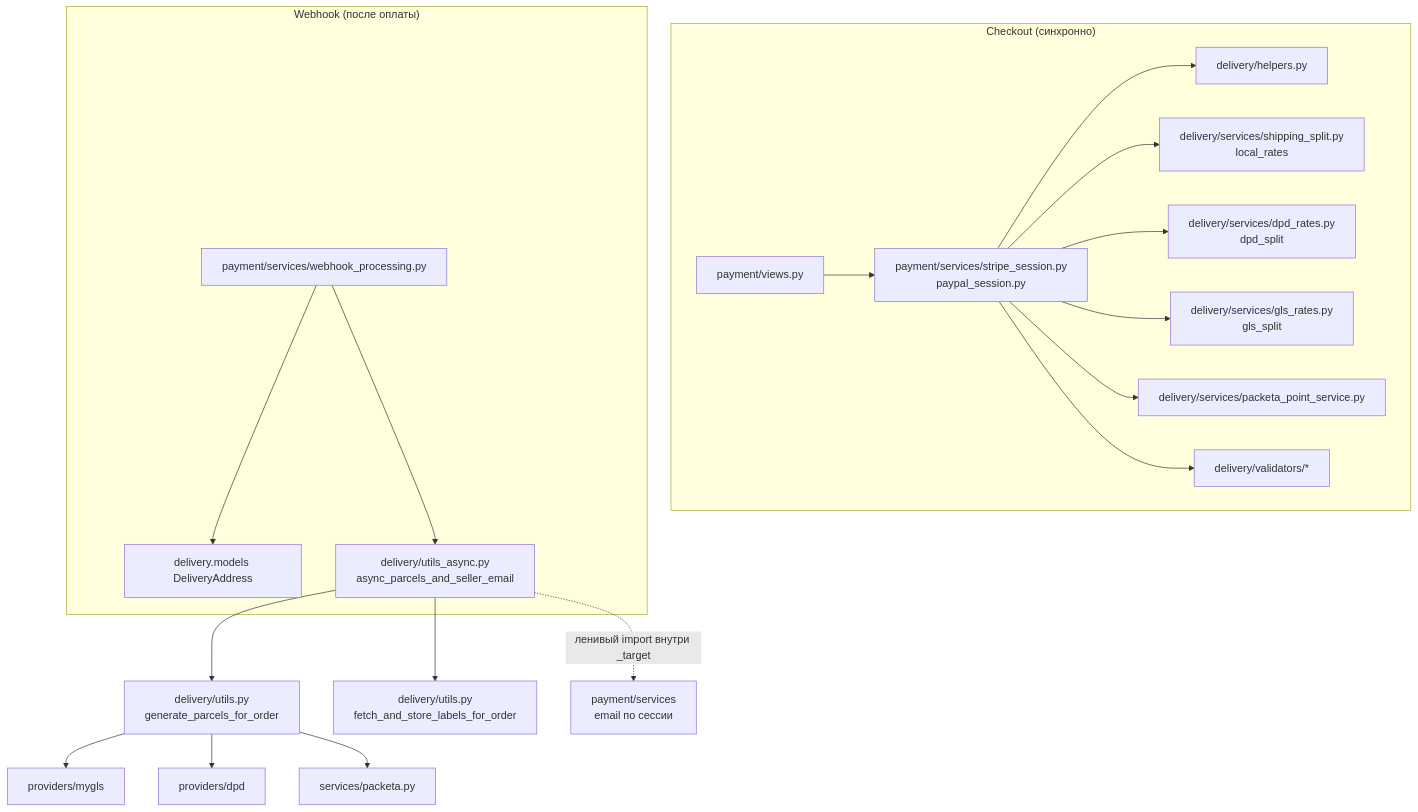
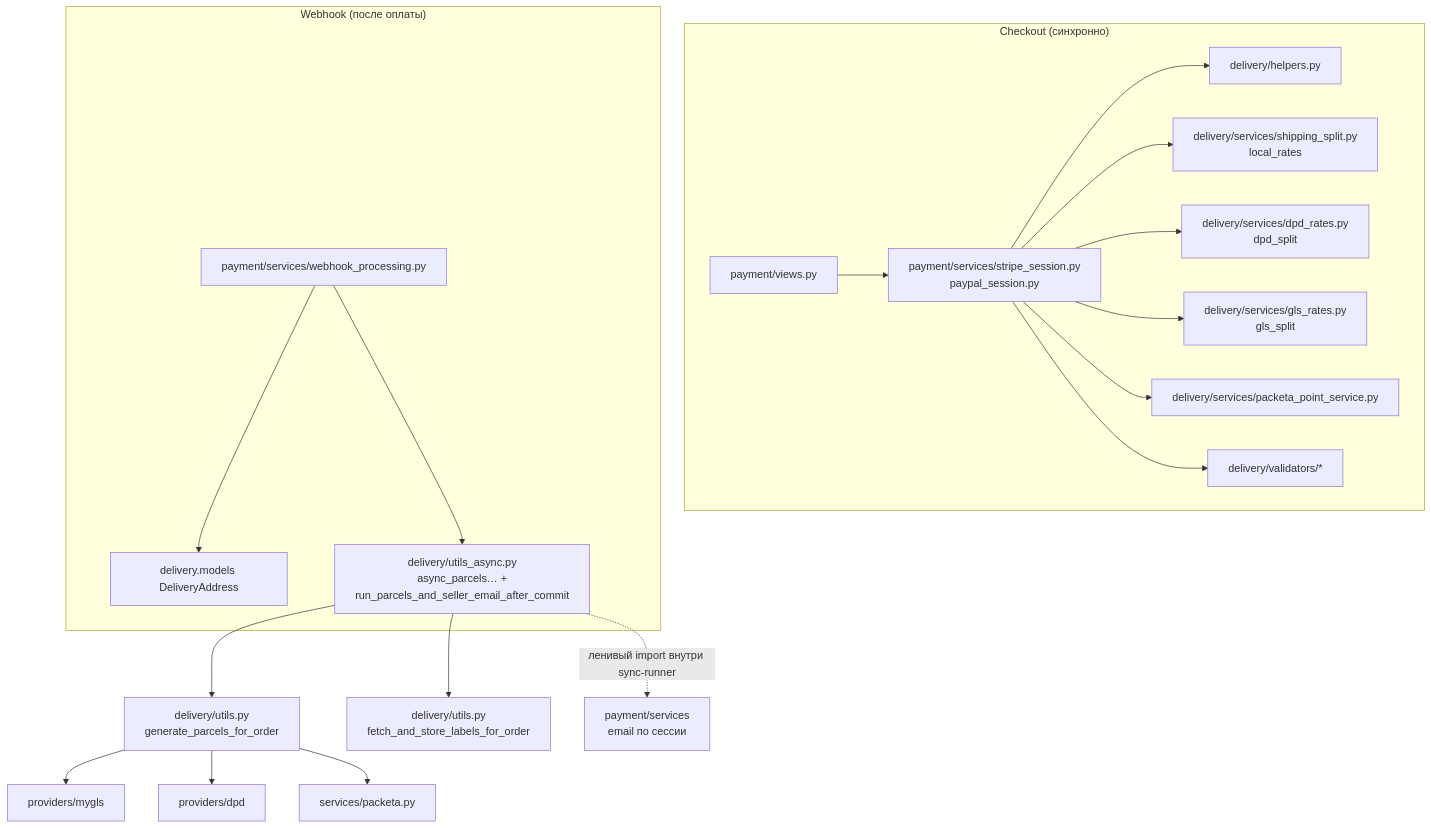
Before and after one commit to pavelchamgl/reli.one: the diagram in docs/tasks/005-delivery-cleanup/task.md, drawn with Mermaid. The commit also changed other lines of this file and 3 other files, not shown here.

Commit message:
test(delivery): cover async parcel failures; document Task 005 O2 done

````diff
--- a/docs/tasks/005-delivery-cleanup/task.md
+++ b/docs/tasks/005-delivery-cleanup/task.md
@@ -23,28 +23,28 @@
 ```mermaid
 flowchart TB
   subgraph checkout["Checkout (синхронно)"]
     PV["payment/views.py"]
     PS["payment/services/stripe_session.py\npaypal_session.py"]
     PV --> PS
     PS --> H["delivery/helpers.py"]
     PS --> SR["delivery/services/shipping_split.py\nlocal_rates"]
     PS --> DR["delivery/services/dpd_rates.py\ndpd_split"]
     PS --> GR["delivery/services/gls_rates.py\ngls_split"]
     PS --> PPS["delivery/services/packeta_point_service.py"]
     PS --> VZ["delivery/validators/*"]
   end
 
   subgraph webhook["Webhook (после оплаты)"]
     WP["payment/services/webhook_processing.py"]
     WP --> DA["delivery.models DeliveryAddress"]
-    WP --> UA["delivery/utils_async.py\nasync_parcels_and_seller_email"]
+    WP --> UA["delivery/utils_async.py\nasync_parcels… +\nrun_parcels_and_seller_email_after_commit"]
   end
 
   UA --> GP["delivery/utils.py\ngenerate_parcels_for_order"]
   UA --> FL["delivery/utils.py\nfetch_and_store_labels_for_order"]
   GP --> MYGLS["providers/mygls"]
   GP --> DPD["providers/dpd"]
   GP --> PK["services/packeta.py"]
 
-  UA -. "ленивый import внутри _target" .-> PM["payment/services\nemail по сессии"]
+  UA -. "ленивый import внутри sync-runner" .-> PM["payment/services\nemail по сессии"]
 ```
````
